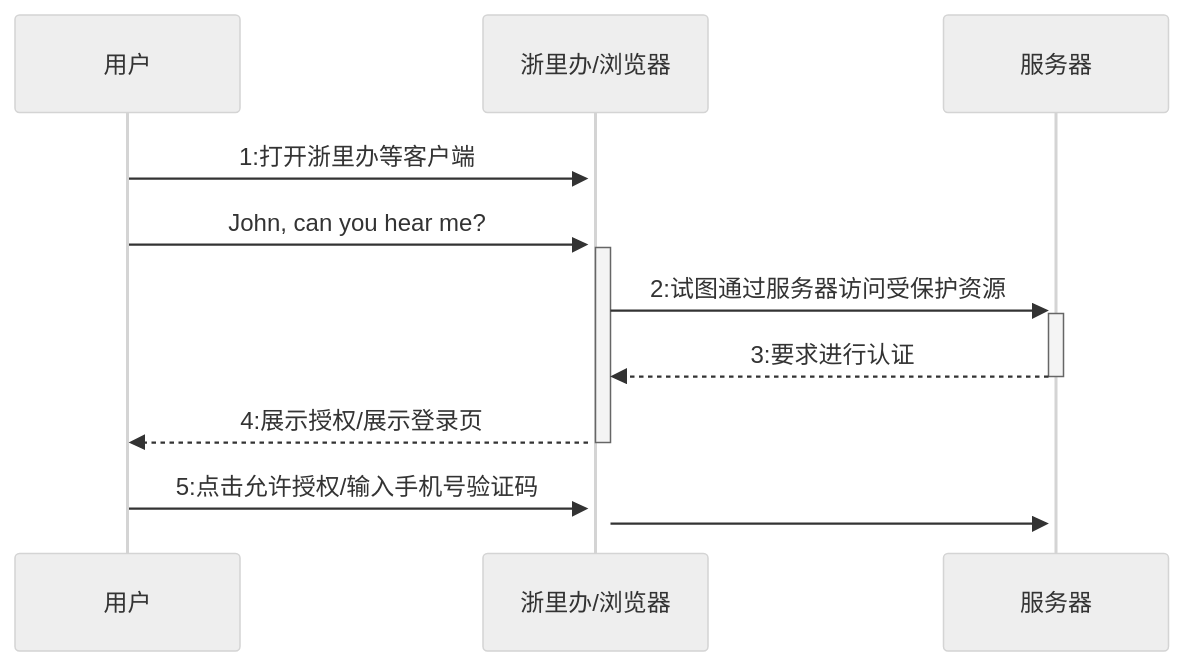
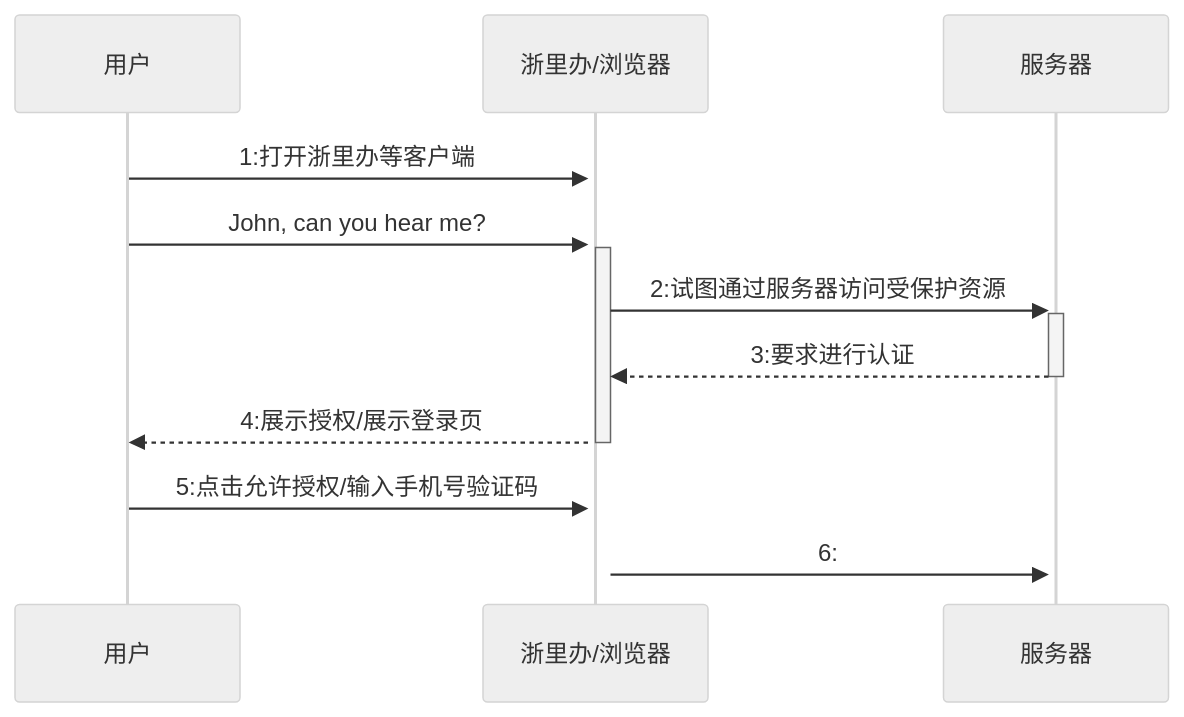
One commit to fifuntop/iodraw-files changed the diagram in all/居民端时序图.md. Above: the diagram before and after it, drawn with Mermaid (neutral theme).

Commit message:
2024-03-14 15:07:46 update

````diff
--- a/all/居民端时序图.md
+++ b/all/居民端时序图.md
@@ -1,11 +1,11 @@
 ```mermaid
 sequenceDiagram
     用户->>+浙里办/浏览器: 1:打开浙里办等客户端
     用户->>+浙里办/浏览器: John, can you hear me?
     浙里办/浏览器->>+服务器: 2:试图通过服务器访问受保护资源
     服务器-->>-浙里办/浏览器: 3:要求进行认证
     浙里办/浏览器-->>-用户: 4:展示授权/展示登录页
     用户->>+浙里办/浏览器: 5:点击允许授权/输入手机号验证码
-    浙里办/浏览器->>+服务器:
+    浙里办/浏览器->>+服务器: 6:
             
 ```
````
